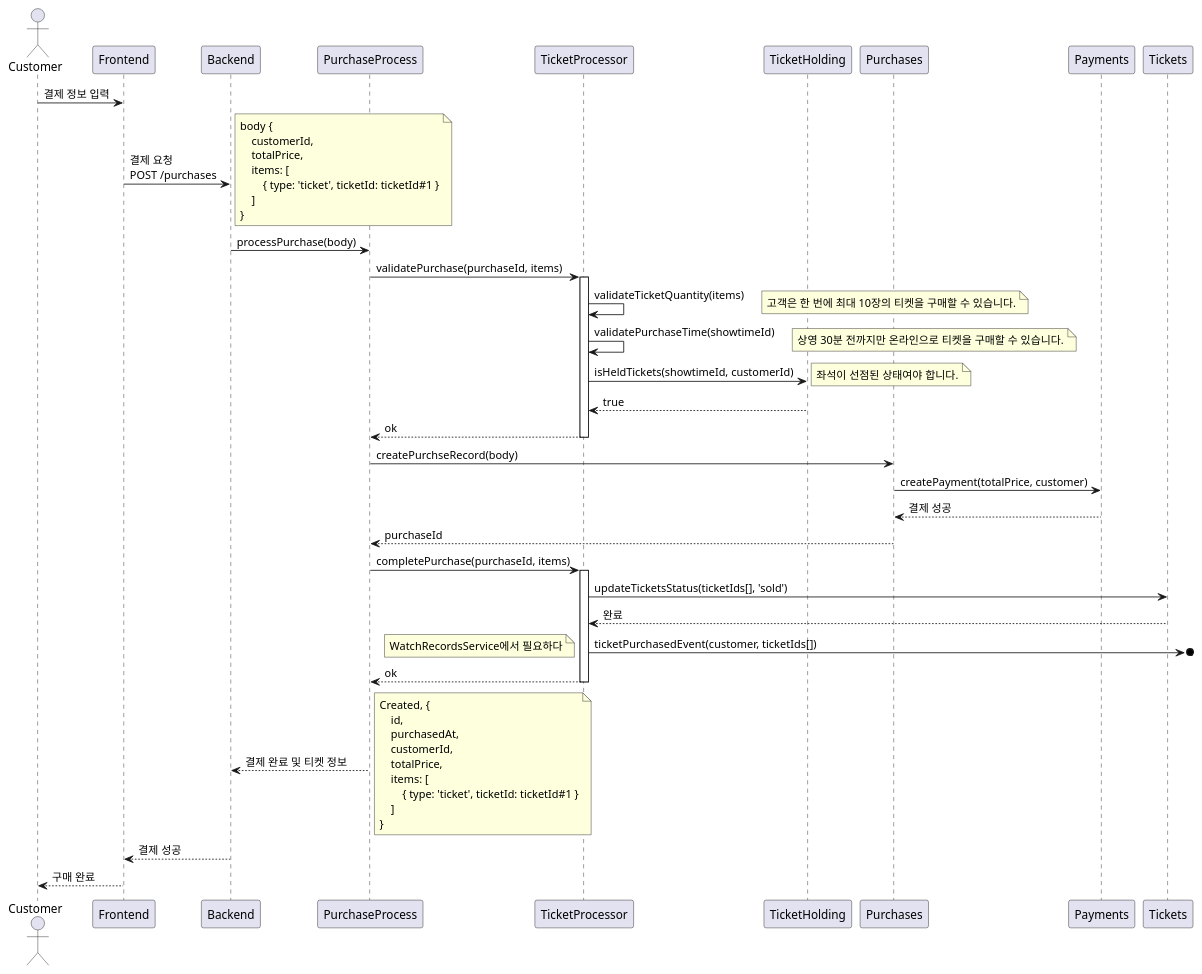
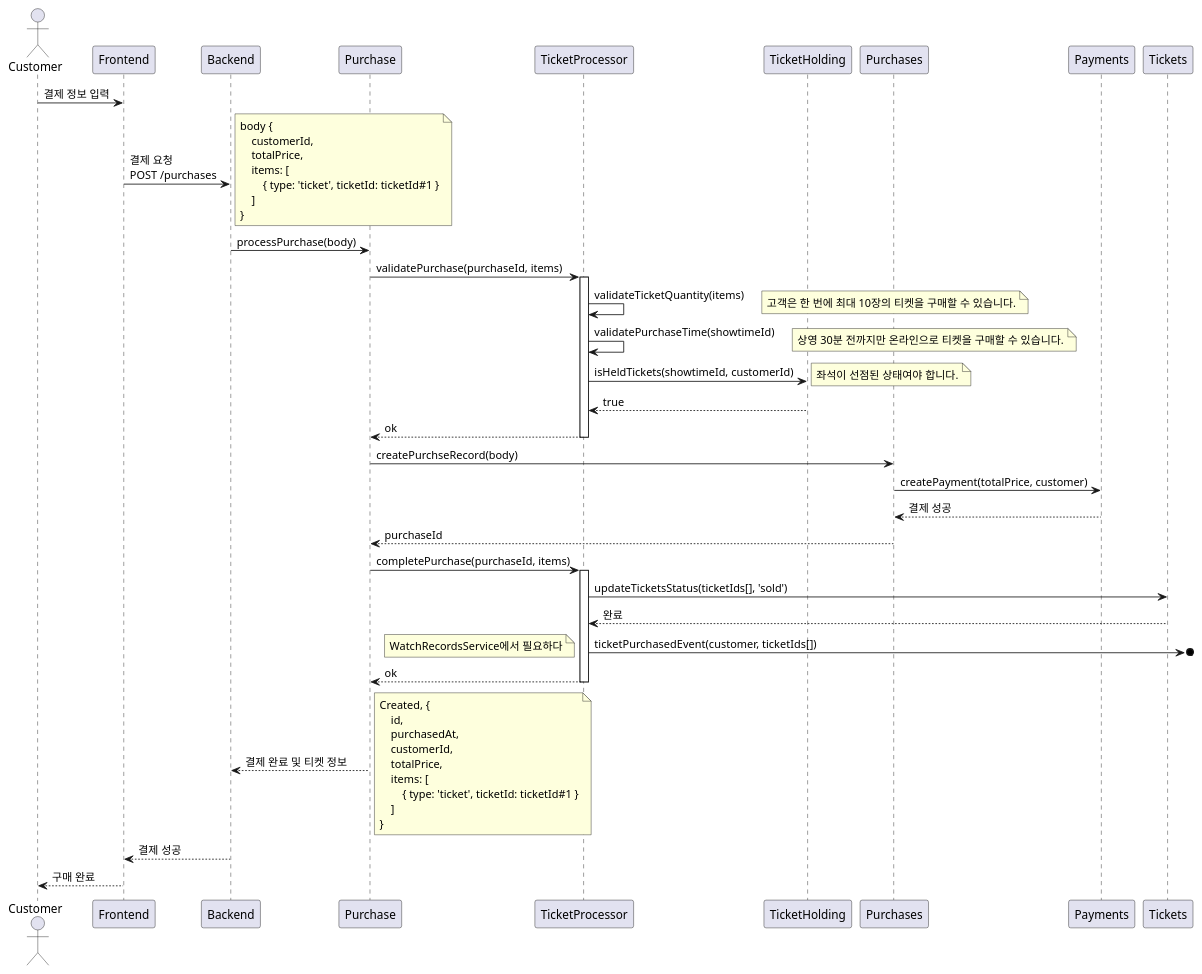
One commit to mannercode/nest-seed changed the fourth of 4 diagrams in docs/en/designs/tickets-purchase.md. Above: the diagram before and after it, drawn with PlantUML. The commit also changed other lines of this file and 25 other files, not shown here.

Commit message:
PurchaseProcessService -> PurchaseService

````diff
--- a/docs/en/designs/tickets-purchase.md
+++ b/docs/en/designs/tickets-purchase.md
@@ -257,58 +257,58 @@
 ```plantuml
 @startuml
 actor Customer
 
 Customer -> Frontend: 결제 정보 입력
     Frontend -> Backend: 결제 요청\nPOST /purchases
     note right
         body {
             customerId,
             totalPrice,
             items: [
                 { type: 'ticket', ticketId: ticketId#1 }
             ]
         }
     end note
-        Backend -> PurchaseProcess: processPurchase(body)
-            PurchaseProcess -> TicketProcessor: validatePurchase(purchaseId, items)
+        Backend -> Purchase: processPurchase(body)
+            Purchase -> TicketProcessor: validatePurchase(purchaseId, items)
             activate TicketProcessor
                 TicketProcessor -> TicketProcessor: validateTicketQuantity(items)
                 note right: 고객은 한 번에 최대 10장의 티켓을 구매할 수 있습니다.
                 TicketProcessor -> TicketProcessor: validatePurchaseTime(showtimeId)
                 note right: 상영 30분 전까지만 온라인으로 티켓을 구매할 수 있습니다.
                 TicketProcessor -> TicketHolding: isHeldTickets(showtimeId, customerId)
                 note right: 좌석이 선점된 상태여야 합니다.
                 TicketProcessor <-- TicketHolding: true
                 return ok
             deactivate TicketProcessor
 
-            PurchaseProcess -> Purchases: createPurchseRecord(body)
+            Purchase -> Purchases: createPurchseRecord(body)
             Purchases -> Payments: createPayment(totalPrice, customer)
             Purchases <-- Payments: 결제 성공
-            PurchaseProcess <-- Purchases: purchaseId
+            Purchase <-- Purchases: purchaseId
 
-            PurchaseProcess -> TicketProcessor: completePurchase(purchaseId, items)
+            Purchase -> TicketProcessor: completePurchase(purchaseId, items)
             activate TicketProcessor
                 TicketProcessor -> Tickets: updateTicketsStatus(ticketIds[], 'sold')
                 TicketProcessor <-- Tickets: 완료
                 TicketProcessor ->o]: ticketPurchasedEvent(customer, ticketIds[])
                 note left: WatchRecordsService에서 필요하다
                 return ok
             deactivate TicketProcessor
 
-        Backend <-- PurchaseProcess: 결제 완료 및 티켓 정보
+        Backend <-- Purchase: 결제 완료 및 티켓 정보
         note right
             Created, {
                 id,
                 purchasedAt,
                 customerId,
                 totalPrice,
                 items: [
                     { type: 'ticket', ticketId: ticketId#1 }
                 ]
             }
         end note
     Frontend <-- Backend: 결제 성공
 Customer <-- Frontend: 구매 완료
 @enduml
 ```
````
